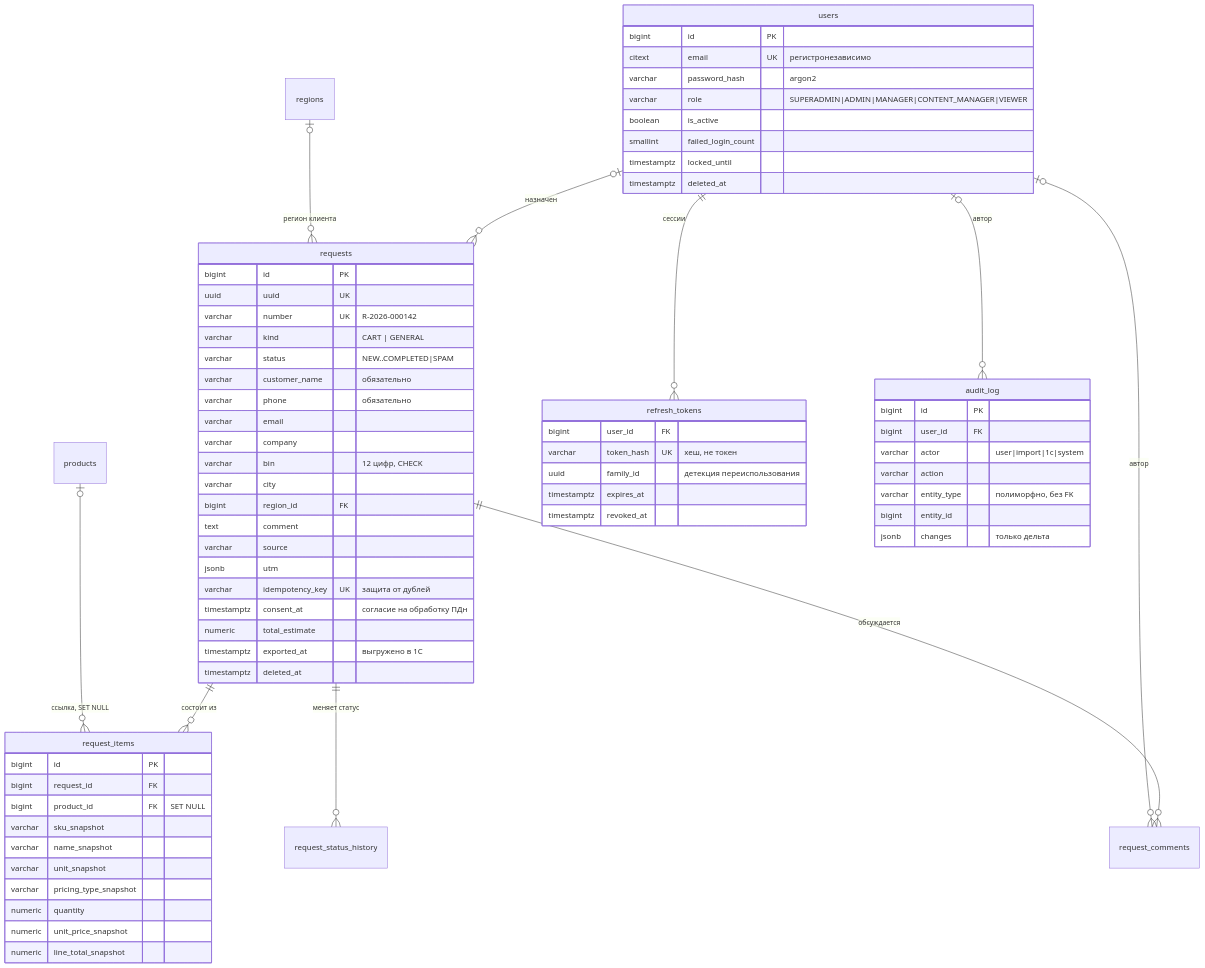
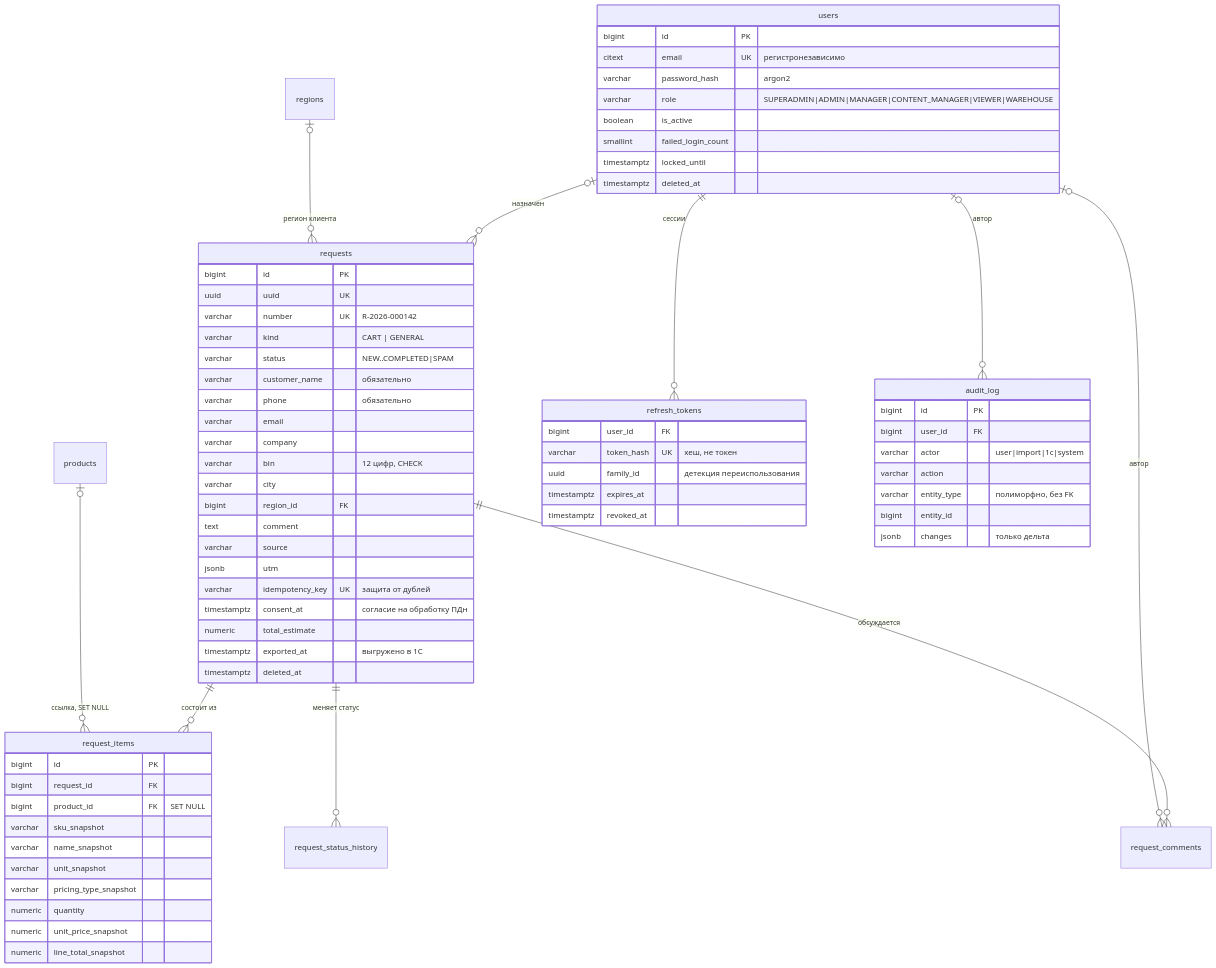
One commit to BekaKOKE/oinau-warehouse changed the third of 4 diagrams in docs/database.md. Above: the diagram before and after it, drawn with Mermaid. The commit also changed other lines of this file and 17 other files, not shown here.

````diff
--- a/docs/database.md
+++ b/docs/database.md
@@ -176,73 +177,73 @@
 ```mermaid
 erDiagram
     requests ||--o{ request_items : "состоит из"
     requests ||--o{ request_comments : "обсуждается"
     requests ||--o{ request_status_history : "меняет статус"
     products |o--o{ request_items : "ссылка, SET NULL"
     users |o--o{ requests : "назначен"
     users ||--o{ refresh_tokens : "сессии"
     users |o--o{ audit_log : "автор"
     users |o--o{ request_comments : "автор"
     regions |o--o{ requests : "регион клиента"
 
     users {
         bigint id PK
         citext email UK "регистронезависимо"
         varchar password_hash "argon2"
-        varchar role "SUPERADMIN|ADMIN|MANAGER|CONTENT_MANAGER|VIEWER"
+        varchar role "SUPERADMIN|ADMIN|MANAGER|CONTENT_MANAGER|VIEWER|WAREHOUSE"
         boolean is_active
         smallint failed_login_count
         timestamptz locked_until
         timestamptz deleted_at
     }
     refresh_tokens {
         bigint user_id FK
         varchar token_hash UK "хеш, не токен"
         uuid family_id "детекция переиспользования"
         timestamptz expires_at
         timestamptz revoked_at
     }
     requests {
         bigint id PK
         uuid uuid UK
         varchar number UK "R-2026-000142"
         varchar kind "CART | GENERAL"
         varchar status "NEW..COMPLETED|SPAM"
         varchar customer_name "обязательно"
         varchar phone "обязательно"
         varchar email
         varchar company
         varchar bin "12 цифр, CHECK"
         varchar city
         bigint region_id FK
         text comment
         varchar source
         jsonb utm
         varchar idempotency_key UK "защита от дублей"
         timestamptz consent_at "согласие на обработку ПДн"
         numeric total_estimate
         timestamptz exported_at "выгружено в 1С"
         timestamptz deleted_at
     }
     request_items {
         bigint id PK
         bigint request_id FK
         bigint product_id FK "SET NULL"
         varchar sku_snapshot
         varchar name_snapshot
         varchar unit_snapshot
         varchar pricing_type_snapshot
         numeric quantity
         numeric unit_price_snapshot
         numeric line_total_snapshot
     }
     audit_log {
         bigint id PK
         bigint user_id FK
         varchar actor "user|import|1c|system"
         varchar action
         varchar entity_type "полиморфно, без FK"
         bigint entity_id
         jsonb changes "только дельта"
     }
 ```
````
